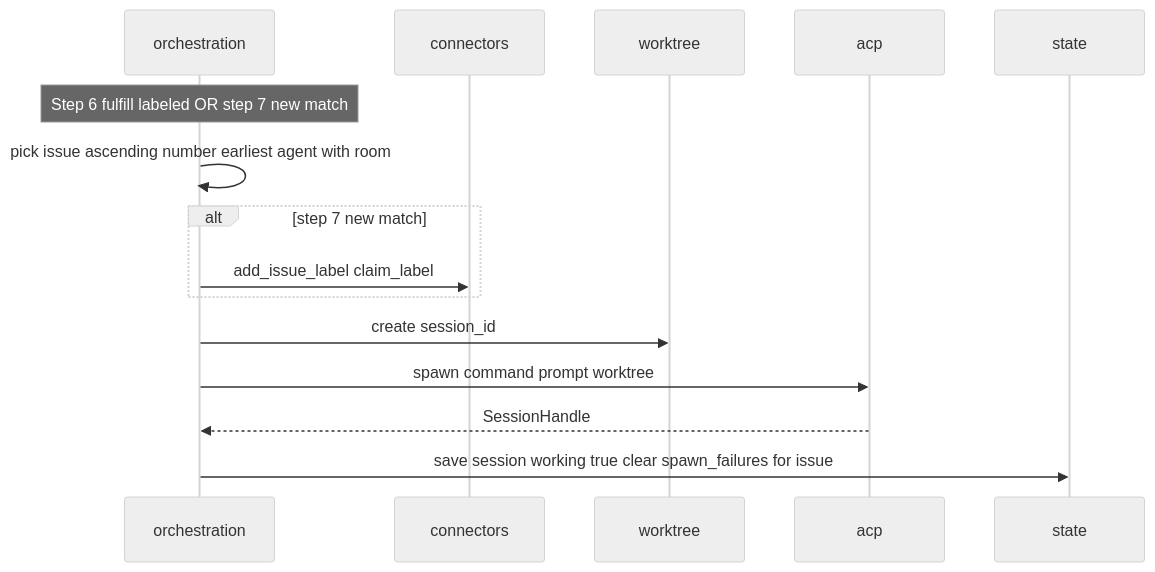
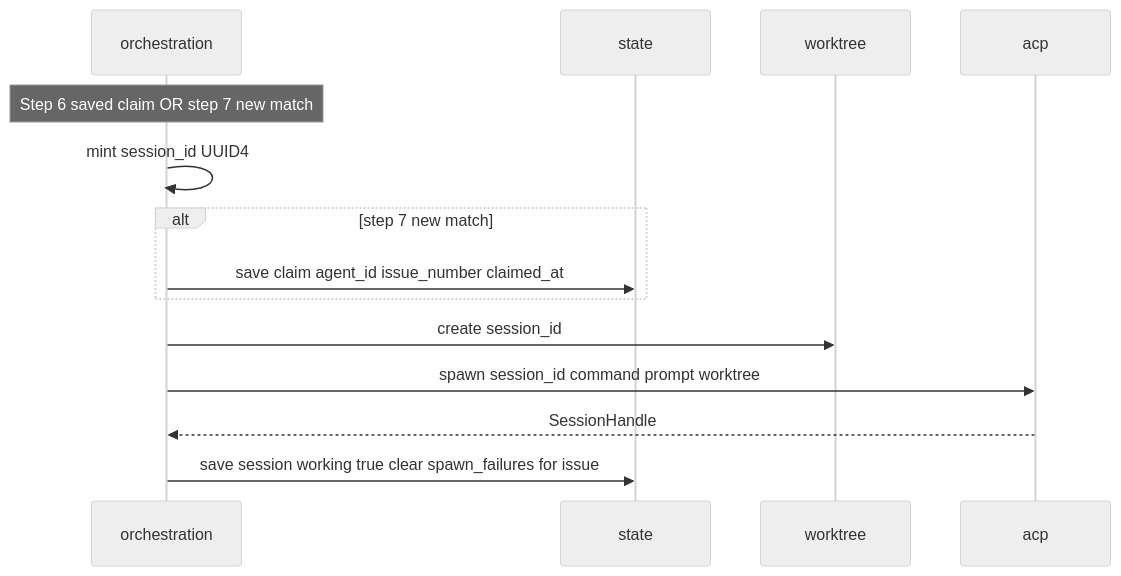
The third of 6 diagrams in spec/design/sequences.md (waigore/orkie), drawn with Mermaid (neutral theme) before and after one commit. The commit also changed other lines of this file and 51 other files, not shown here.

````diff
--- a/spec/design/sequences.md
+++ b/spec/design/sequences.md
@@ -106,18 +114,17 @@
 ```mermaid
 sequenceDiagram
   participant Orch as orchestration
-  participant Conn as connectors
+  participant St as state
   participant Wt as worktree
   participant Acp as acp
-  participant St as state
 
-  Note over Orch: Step 6 fulfill labeled OR step 7 new match
-  Orch->>Orch: pick issue ascending number earliest agent with room
+  Note over Orch: Step 6 saved claim OR step 7 new match
+  Orch->>Orch: mint session_id UUID4
   alt step 7 new match
-    Orch->>Conn: add_issue_label claim_label
+    Orch->>St: save claim agent_id issue_number claimed_at
   end
   Orch->>Wt: create session_id
-  Orch->>Acp: spawn command prompt worktree
+  Orch->>Acp: spawn session_id command prompt worktree
   Acp-->>Orch: SessionHandle
   Orch->>St: save session working true clear spawn_failures for issue
 ```
````
